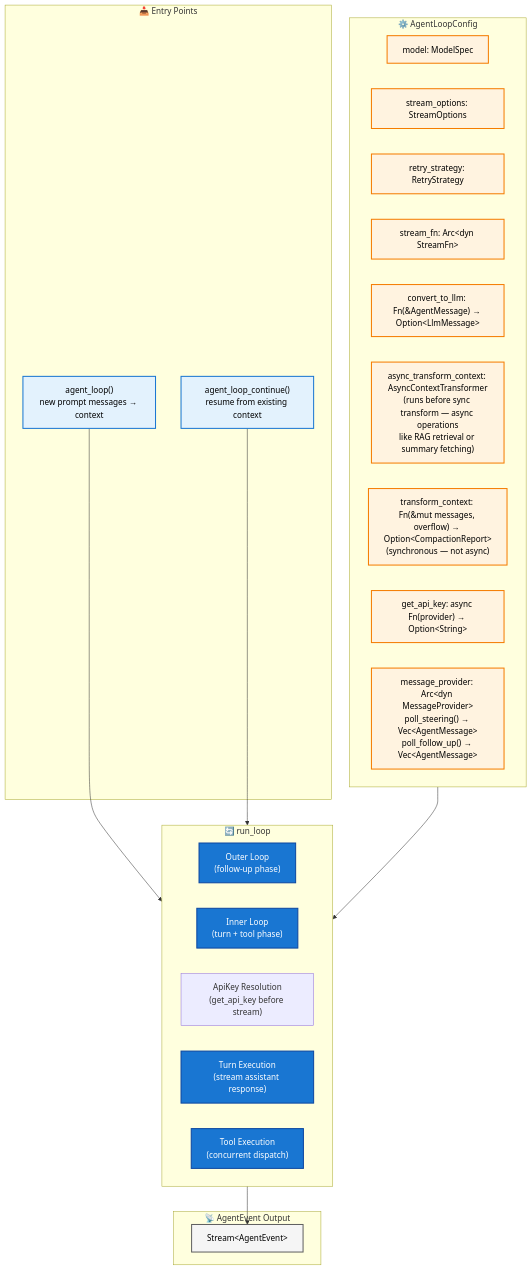
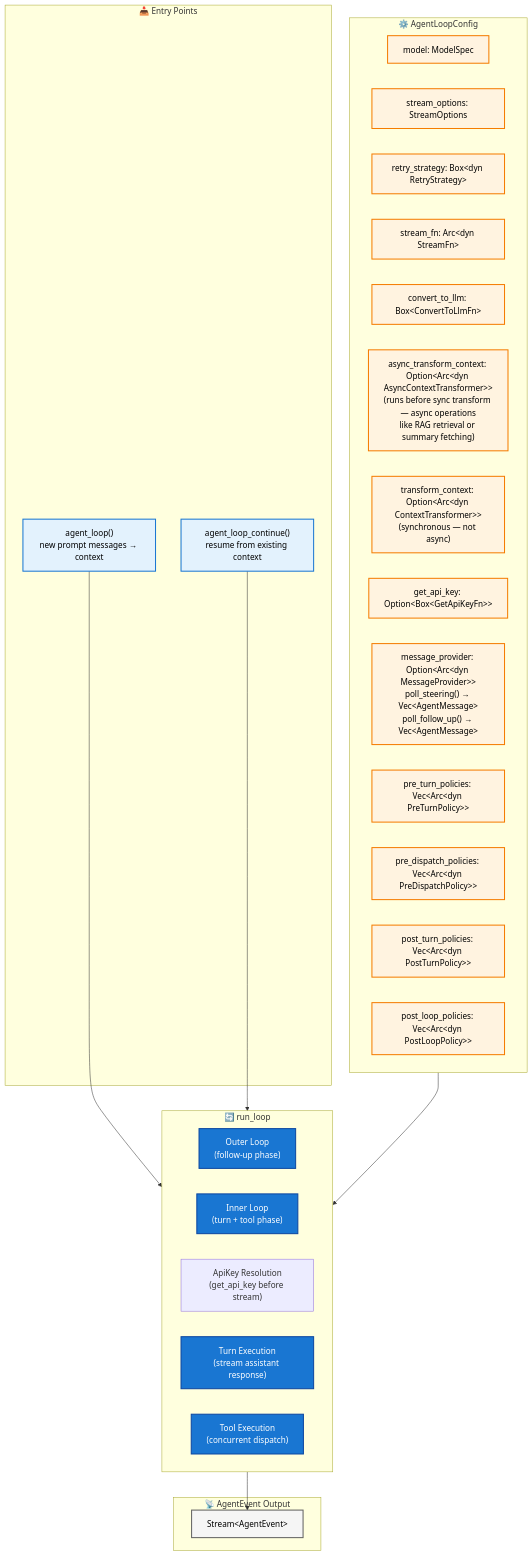
One commit to SuperSwinkAI/Swink-Agent changed the first of 5 diagrams in docs/architecture/agent-loop/README.md. Above: the diagram before and after it, drawn with Mermaid. The commit also changed 4 other files, not shown here.

First line of the commit message:
docs: update architecture docs and tracker for policy-slots and eval completion

````diff
--- a/docs/architecture/agent-loop/README.md
+++ b/docs/architecture/agent-loop/README.md
@@ -12,46 +12,50 @@
 ```mermaid
 flowchart TB
     subgraph EntryPoints["📥 Entry Points"]
         AgentLoop["agent_loop()<br/>new prompt messages → context"]
         AgentLoopContinue["agent_loop_continue()<br/>resume from existing context"]
     end
 
     subgraph Config["⚙️ AgentLoopConfig"]
         Model["model: ModelSpec"]
         StreamOpts["stream_options: StreamOptions"]
-        Retry["retry_strategy: RetryStrategy"]
+        Retry["retry_strategy: Box&lt;dyn RetryStrategy&gt;"]
         StreamFnField["stream_fn: Arc&lt;dyn StreamFn&gt;"]
-        ConvertFn["convert_to_llm: Fn(&amp;AgentMessage) → Option&lt;LlmMessage&gt;"]
-        AsyncTransformFn["async_transform_context: AsyncContextTransformer<br/>(runs before sync transform — async operations<br/>like RAG retrieval or summary fetching)"]
-        TransformFn["transform_context: Fn(&amp;mut messages, overflow) → Option&lt;CompactionReport&gt;<br/>(synchronous — not async)"]
-        ApiKey["get_api_key: async Fn(provider) → Option&lt;String&gt;"]
-        MsgProvider["message_provider: Arc&lt;dyn MessageProvider&gt;<br/>poll_steering() → Vec&lt;AgentMessage&gt;<br/>poll_follow_up() → Vec&lt;AgentMessage&gt;"]
+        ConvertFn["convert_to_llm: Box&lt;ConvertToLlmFn&gt;"]
+        AsyncTransformFn["async_transform_context: Option&lt;Arc&lt;dyn AsyncContextTransformer&gt;&gt;<br/>(runs before sync transform — async operations<br/>like RAG retrieval or summary fetching)"]
+        TransformFn["transform_context: Option&lt;Arc&lt;dyn ContextTransformer&gt;&gt;<br/>(synchronous — not async)"]
+        ApiKey["get_api_key: Option&lt;Box&lt;GetApiKeyFn&gt;&gt;"]
+        MsgProvider["message_provider: Option&lt;Arc&lt;dyn MessageProvider&gt;&gt;<br/>poll_steering() → Vec&lt;AgentMessage&gt;<br/>poll_follow_up() → Vec&lt;AgentMessage&gt;"]
+        PreTurnPolicies["pre_turn_policies: Vec&lt;Arc&lt;dyn PreTurnPolicy&gt;&gt;"]
+        PreDispatchPolicies["pre_dispatch_policies: Vec&lt;Arc&lt;dyn PreDispatchPolicy&gt;&gt;"]
+        PostTurnPolicies["post_turn_policies: Vec&lt;Arc&lt;dyn PostTurnPolicy&gt;&gt;"]
+        PostLoopPolicies["post_loop_policies: Vec&lt;Arc&lt;dyn PostLoopPolicy&gt;&gt;"]
     end
 
     subgraph Core["🔄 run_loop"]
         OuterLoop["Outer Loop<br/>(follow-up phase)"]
         InnerLoop["Inner Loop<br/>(turn + tool phase)"]
         ResolveApiKey["ApiKey Resolution<br/>(get_api_key before stream)"]
         TurnExec["Turn Execution<br/>(stream assistant response)"]
         ToolExec["Tool Execution<br/>(concurrent dispatch)"]
     end
 
     subgraph Events["📡 AgentEvent Output"]
         AgentEvents["Stream&lt;AgentEvent&gt;"]
     end
 
     AgentLoop --> Core
     AgentLoopContinue --> Core
     Config --> Core
     Core --> AgentEvents
 
     classDef entryStyle fill:#e3f2fd,stroke:#1976d2,stroke-width:2px,color:#000
     classDef configStyle fill:#fff3e0,stroke:#f57c00,stroke-width:2px,color:#000
     classDef coreStyle fill:#1976d2,stroke:#0d47a1,stroke-width:2px,color:#fff
     classDef eventStyle fill:#f5f5f5,stroke:#616161,stroke-width:2px,color:#000
 
     class AgentLoop,AgentLoopContinue entryStyle
-    class Model,StreamOpts,Retry,StreamFnField,ConvertFn,AsyncTransformFn,TransformFn,ApiKey,MsgProvider configStyle
+    class Model,StreamOpts,Retry,StreamFnField,ConvertFn,AsyncTransformFn,TransformFn,ApiKey,MsgProvider,PreTurnPolicies,PreDispatchPolicies,PostTurnPolicies,PostLoopPolicies configStyle
     class OuterLoop,InnerLoop,TurnExec,ToolExec coreStyle
     class AgentEvents eventStyle
 ```
````
